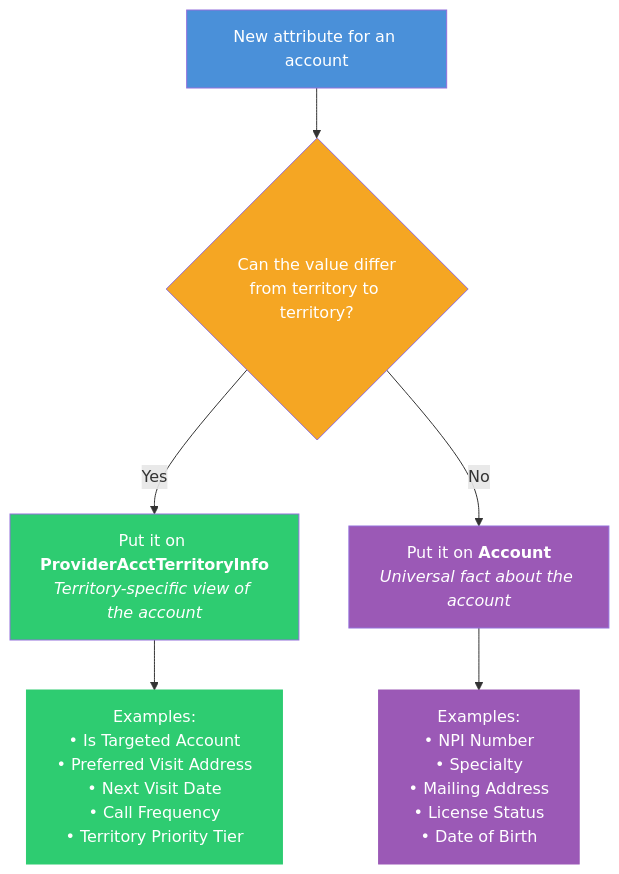
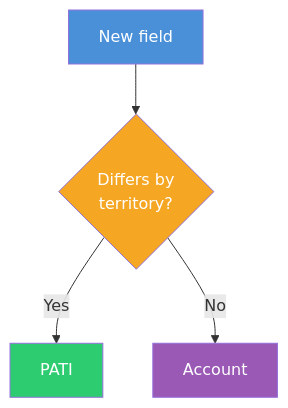
The first of 3 diagrams in README-07-Provider-Account-Territory-Info.md (afls-ideas/Multi-Country-Brand-Setup), drawn with Mermaid before and after one commit. The commit also changed other lines of this file, not shown here.

Commit message:
Simplify PATI decision flowchart to prevent label truncation

````diff
--- a/README-07-Provider-Account-Territory-Info.md
+++ b/README-07-Provider-Account-Territory-Info.md
@@ -7,17 +7,12 @@
 ```mermaid
 flowchart TD
-    Q["New attribute for an account"]
-    Q --> D{"Can the value differ<br/>from territory to territory?"}
-    D -->|Yes| PATI["Put it on <b>ProviderAcctTerritoryInfo</b><br/><i>Territory-specific view of the account</i>"]
-    D -->|No| ACCT["Put it on <b>Account</b><br/><i>Universal fact about the account</i>"]
-
-    PATI --> EX1["Examples:<br/>• Is Targeted Account<br/>• Preferred Visit Address<br/>• Next Visit Date<br/>• Call Frequency<br/>• Territory Priority Tier"]
-    ACCT --> EX2["Examples:<br/>• NPI Number<br/>• Specialty<br/>• Mailing Address<br/>• License Status<br/>• Date of Birth"]
+    Q["New field"]
+    Q --> D{"Differs by<br/>territory?"}
+    D -->|Yes| PATI["PATI"]
+    D -->|No| ACCT["Account"]
 
     style Q fill:#4a90d9,color:#fff
     style D fill:#f5a623,color:#fff
     style PATI fill:#2ecc71,color:#fff
     style ACCT fill:#9b59b6,color:#fff
-    style EX1 fill:#2ecc71,color:#fff,stroke:#2ecc71
-    style EX2 fill:#9b59b6,color:#fff,stroke:#9b59b6
 ```
````
